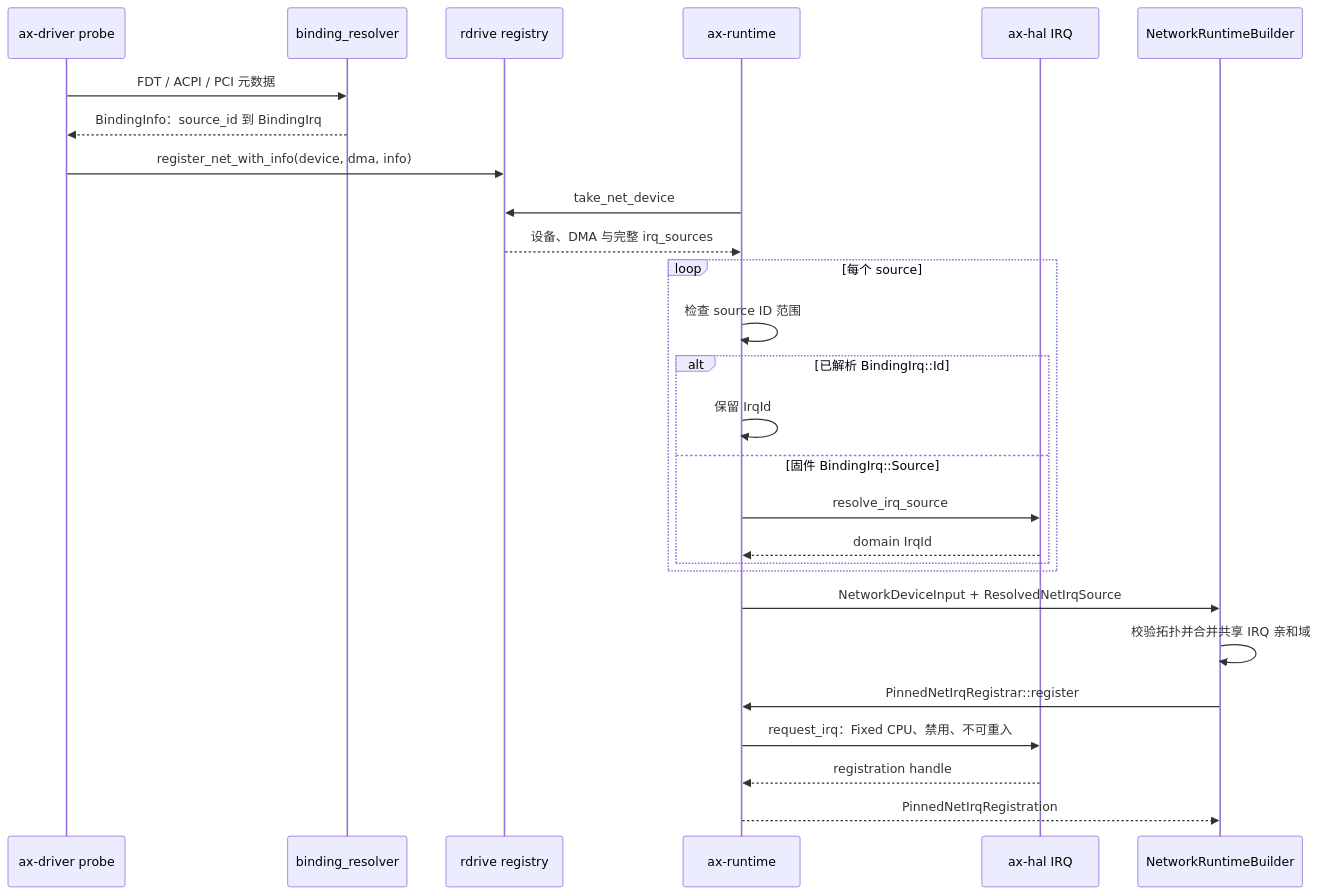
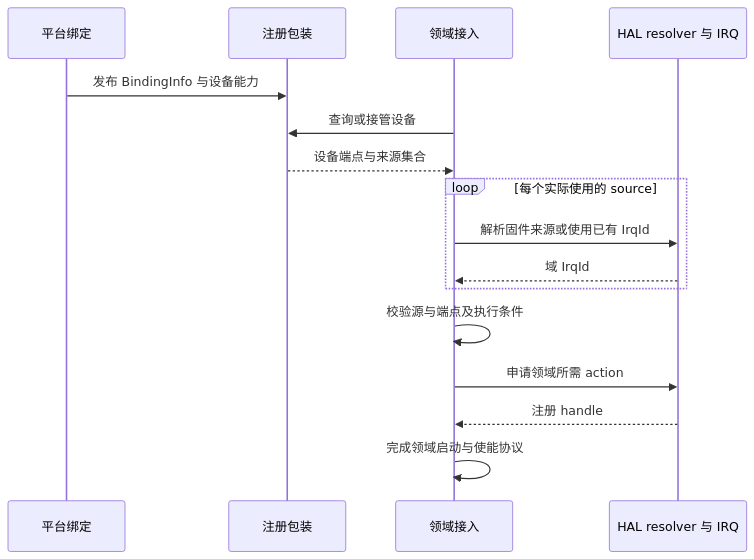
The diagram in docs/docs/architecture/driver/irq.md (rcore-os/tgoskits), drawn with Mermaid before and after one commit. The commit also changed other lines of this file and 36 other files, not shown here.

First line of the commit message:
feat(docs): add comprehensive documentation for driver architecture

````diff
--- a/docs/docs/architecture/driver/irq.md
+++ b/docs/docs/architecture/driver/irq.md
@@ -88,29 +93,18 @@
 ```mermaid
 sequenceDiagram
-    participant Probe as ax-driver probe
-    participant Resolver as binding_resolver
-    participant Registry as rdrive registry
-    participant Runtime as ax-runtime
-    participant HAL as ax-hal IRQ
-    participant Builder as NetworkRuntimeBuilder
-    Probe->>Resolver: FDT / ACPI / PCI 元数据
-    Resolver-->>Probe: BindingInfo：source_id 到 BindingIrq
-    Probe->>Registry: register_net_with_info(device, dma, info)
-    Runtime->>Registry: take_net_device
-    Registry-->>Runtime: 设备、DMA 与完整 irq_sources
-    loop 每个 source
-        Runtime->>Runtime: 检查 source ID 范围
-        alt 已解析 BindingIrq::Id
-            Runtime->>Runtime: 保留 IrqId
-        else 固件 BindingIrq::Source
-            Runtime->>HAL: resolve_irq_source
-            HAL-->>Runtime: domain IrqId
-        end
+    participant Probe as 平台绑定
+    participant Registry as 注册包装
+    participant Consumer as 领域接入
+    participant HAL as HAL resolver 与 IRQ
+    Probe->>Registry: 发布 BindingInfo 与设备能力
+    Consumer->>Registry: 查询或接管设备
+    Registry-->>Consumer: 设备端点与来源集合
+    loop 每个实际使用的 source
+        Consumer->>HAL: 解析固件来源或使用已有 IrqId
+        HAL-->>Consumer: 域 IrqId
     end
-    Runtime->>Builder: NetworkDeviceInput + ResolvedNetIrqSource
-    Builder->>Builder: 校验拓扑并合并共享 IRQ 亲和域
-    Builder->>Runtime: PinnedNetIrqRegistrar::register
-    Runtime->>HAL: request_irq：Fixed CPU、禁用、不可重入
-    HAL-->>Runtime: registration handle
-    Runtime-->>Builder: PinnedNetIrqRegistration
+    Consumer->>Consumer: 校验源与端点及执行条件
+    Consumer->>HAL: 申请领域所需 action
+    HAL-->>Consumer: 注册 handle
+    Consumer->>Consumer: 完成领域启动与使能协议
 ```
````
